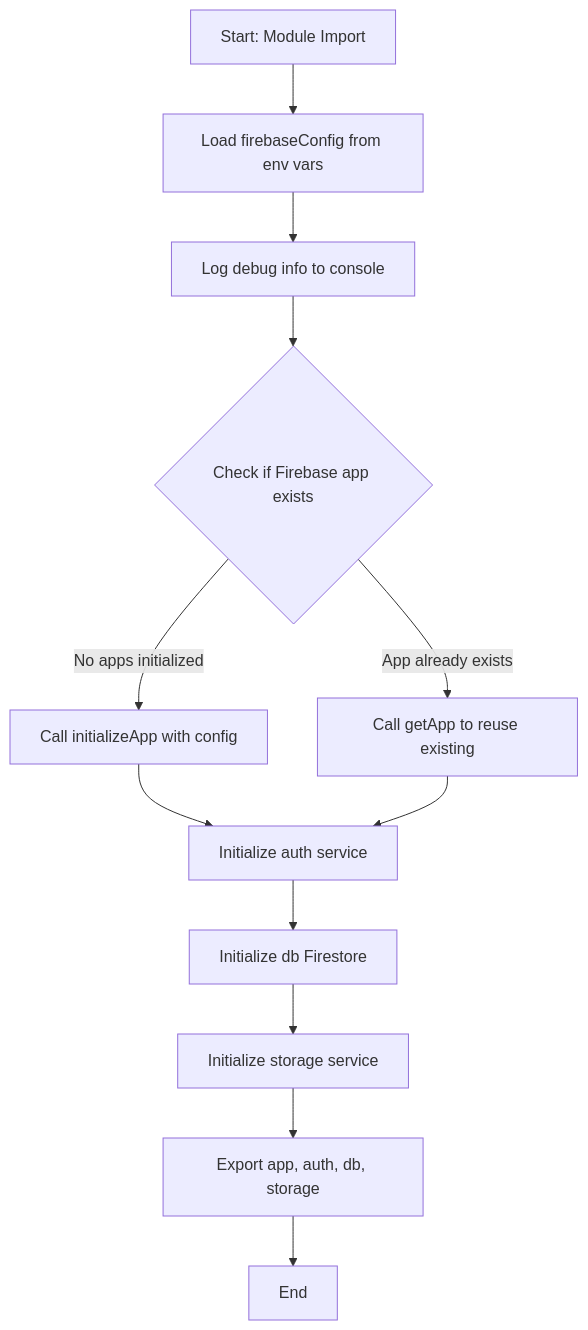
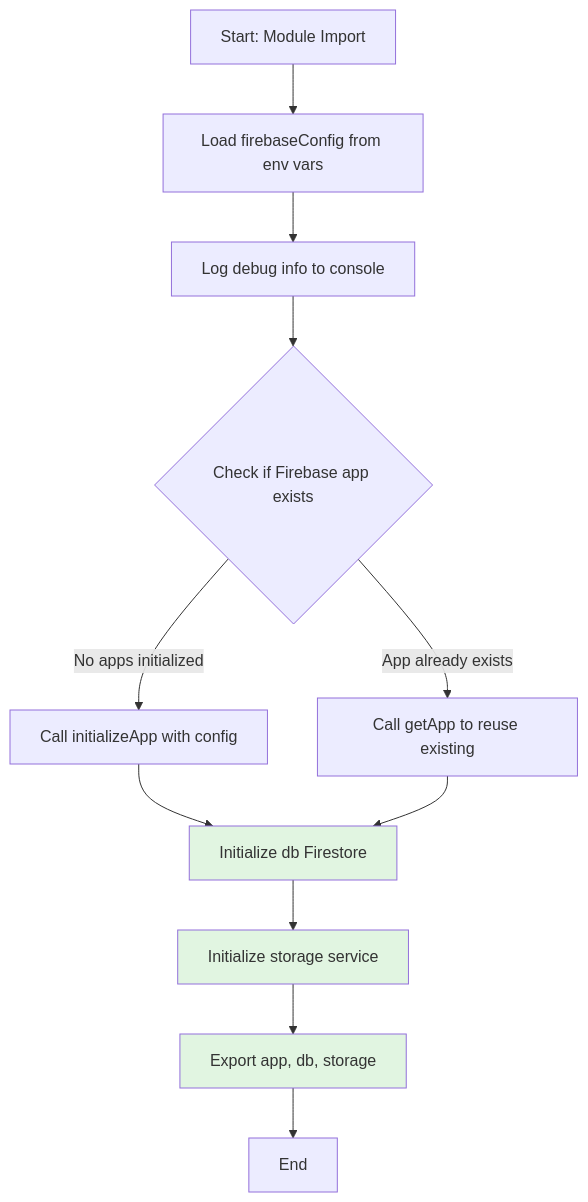
Before and after one commit to CongJie-Pan/TheChamber_Of_RedMansion_FireBaseStudio: the first of 2 diagrams in docs/structure_module_infoMD/Core Service Modules/firebase_module_info.md, drawn with Mermaid. The commit also changed other lines of this file and 4 other files, not shown here.

````diff
--- a/docs/structure_module_infoMD/Core Service Modules/firebase_module_info.md
+++ b/docs/structure_module_infoMD/Core Service Modules/firebase_module_info.md
@@ -40,14 +45,17 @@
 ```mermaid
 flowchart TD
     A[Start: Module Import] --> B[Load firebaseConfig from env vars];
     B --> C[Log debug info to console];
     C --> D{Check if Firebase app exists};
     D -- No apps initialized --> E[Call initializeApp with config];
     D -- App already exists --> F[Call getApp to reuse existing];
-    E --> G[Initialize auth service];
+    E --> G[Initialize db Firestore];
     F --> G;
-    G --> H[Initialize db Firestore];
-    H --> I[Initialize storage service];
-    I --> J[Export app, auth, db, storage];
-    J --> K[End];
+    G --> H[Initialize storage service];
+    H --> I[Export app, db, storage];
+    I --> J[End];
+
+    style G fill:#e1f5e1
+    style H fill:#e1f5e1
+    style I fill:#e1f5e1
 ```
````
